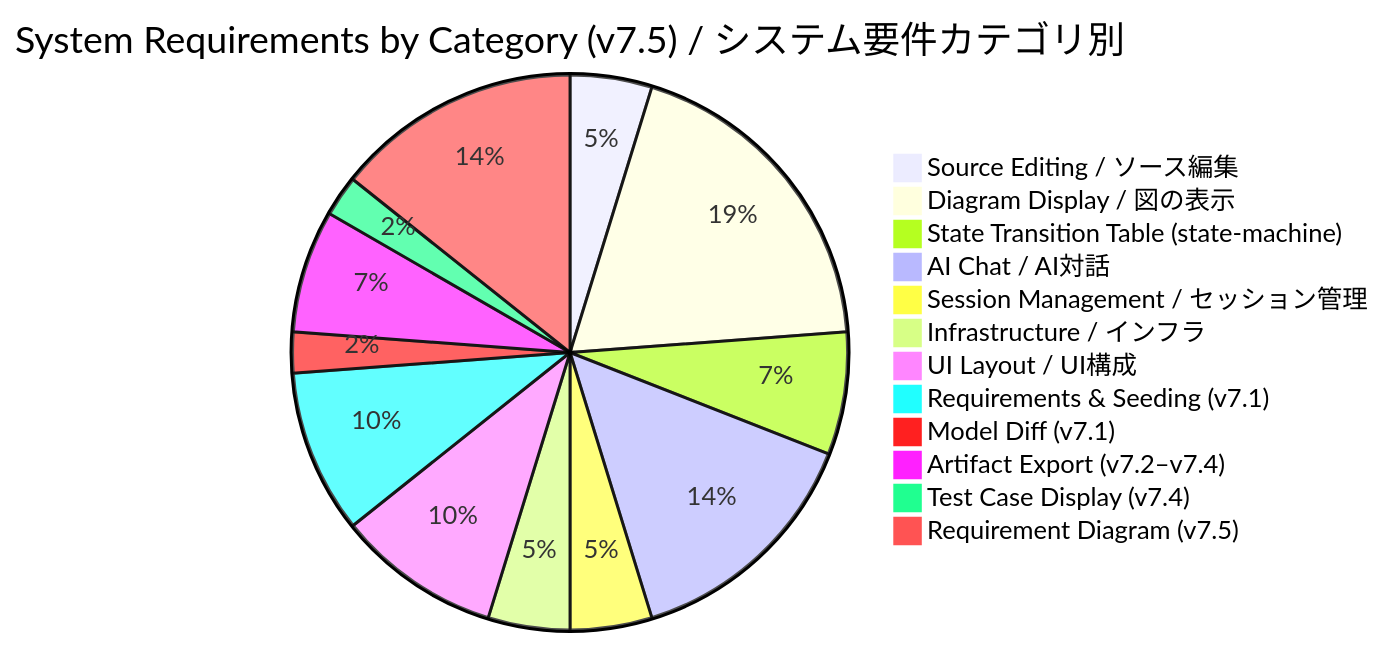
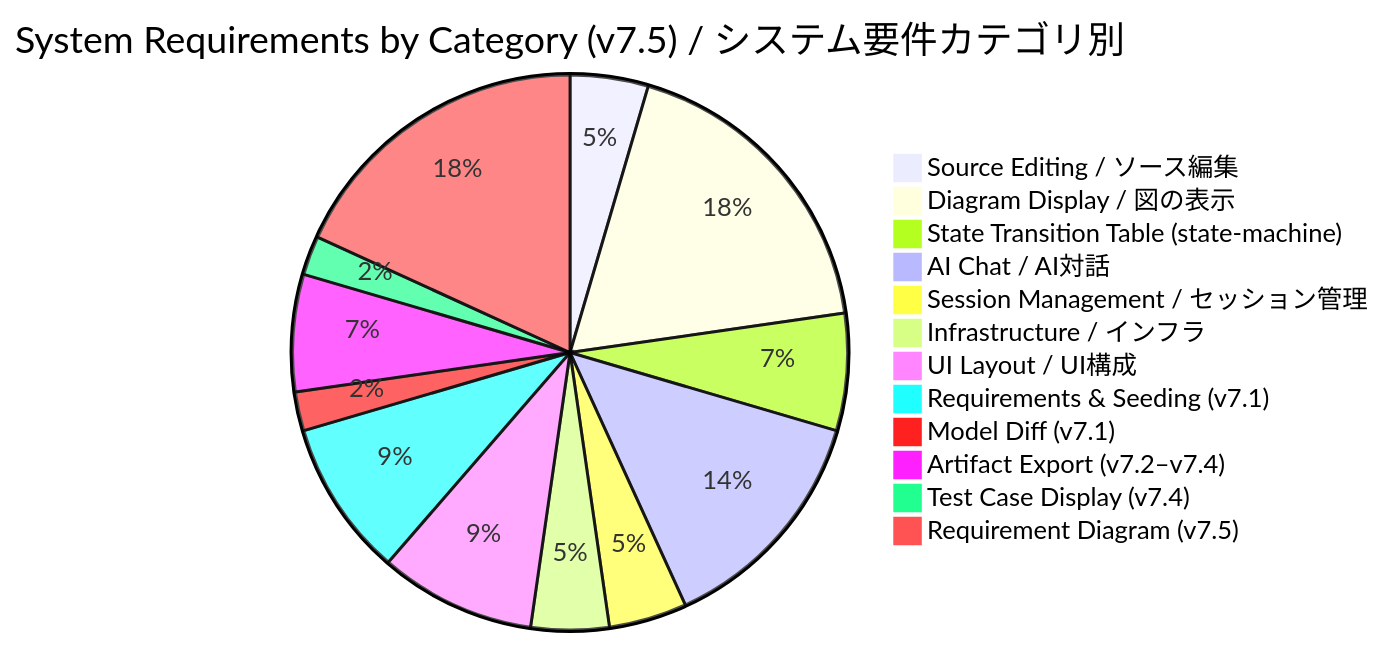
One commit to sho1884/ModelLogue changed the second of 2 diagrams in Doc/Traceability.md. Above: the diagram before and after it, drawn with Mermaid. The commit also changed other lines of this file and 3 other files, not shown here.

````diff
--- a/Doc/Traceability.md
+++ b/Doc/Traceability.md
@@ -255,15 +266,15 @@
 ```mermaid
 pie title System Requirements by Category (v7.5) / システム要件カテゴリ別
     "Source Editing / ソース編集" : 2
     "Diagram Display / 図の表示" : 8
     "State Transition Table (state-machine)" : 3
     "AI Chat / AI対話" : 6
     "Session Management / セッション管理" : 2
     "Infrastructure / インフラ" : 2
     "UI Layout / UI構成" : 4
     "Requirements & Seeding (v7.1)" : 4
     "Model Diff (v7.1)" : 1
     "Artifact Export (v7.2–v7.4)" : 3
     "Test Case Display (v7.4)" : 1
-    "Requirement Diagram (v7.5)" : 6
+    "Requirement Diagram (v7.5)" : 8
 ```
````
